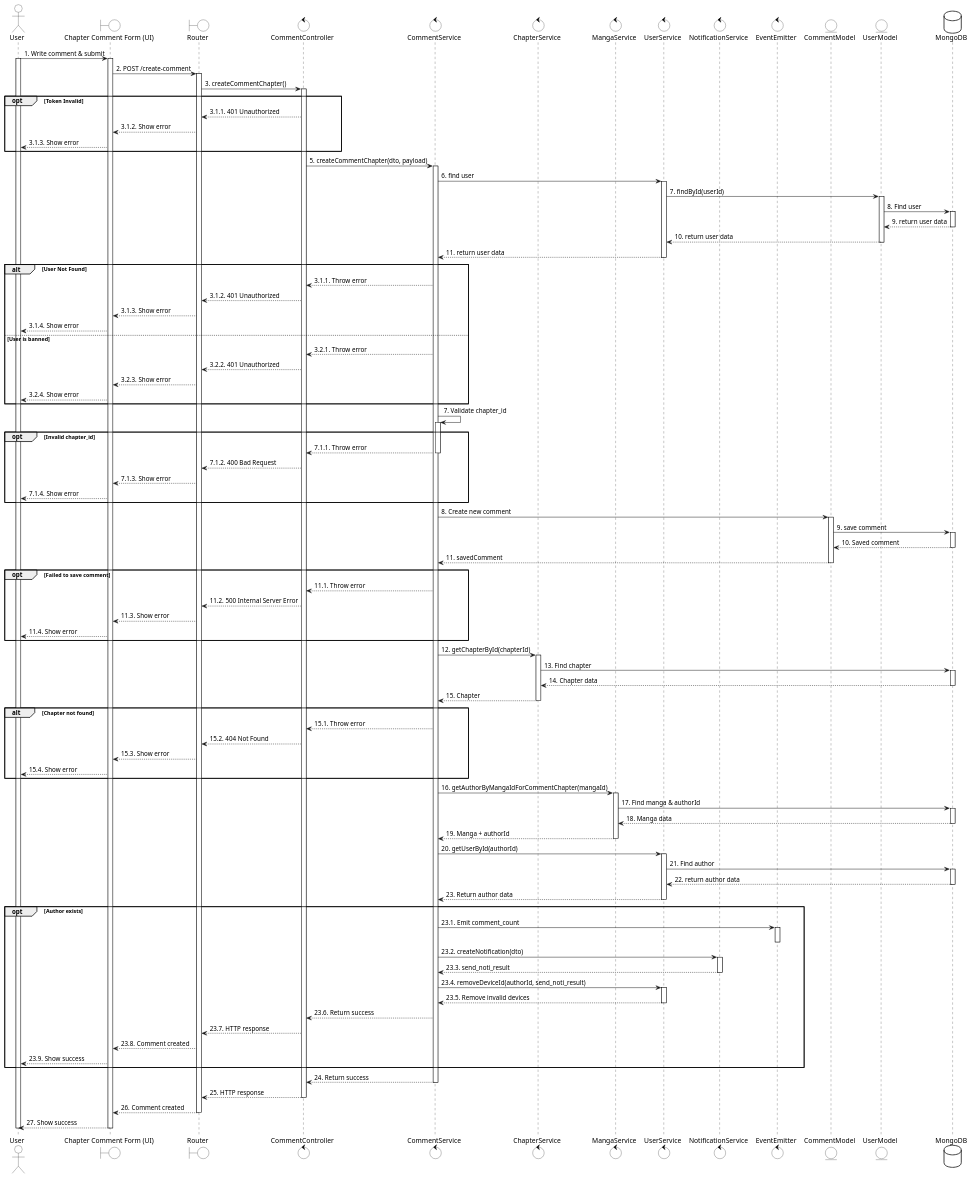
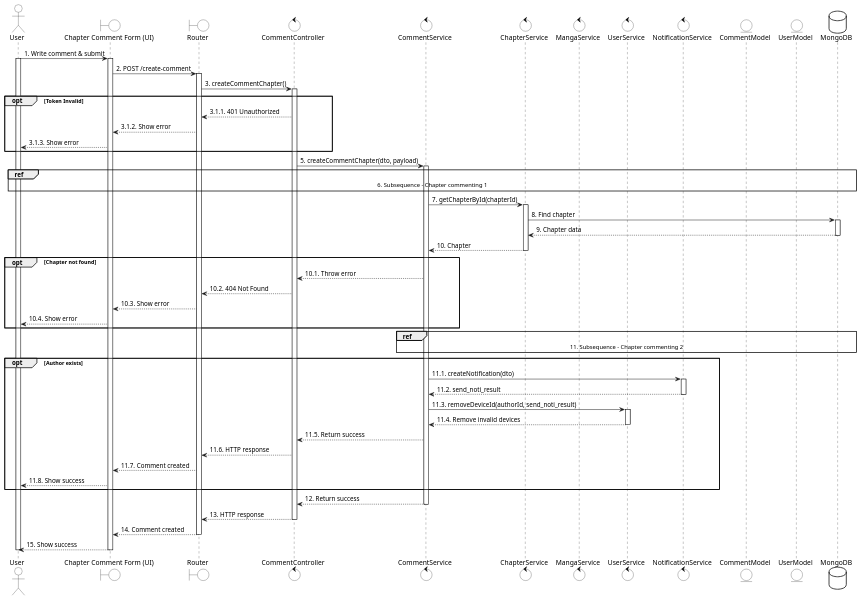
Before and after one commit to LGK1412/sequence_sep490_01: the diagram in uc42 - Chapter commenting.wsd, drawn with PlantUML. The commit also changed 159 other files, not shown here.

Commit message:
Update subsequence

```diff
--- a/uc42 - Chapter commenting.wsd
+++ b/uc42 - Chapter commenting.wsd
@@ -1,165 +1,98 @@
 @startuml
 skinparam {
     ActorBackgroundColor #FFFFFF
     BoundaryBackgroundColor #FFFFFF
     ControlBackgroundColor #FFFFFF
     EntityBackgroundColor #FFFFFF
     DatabaseBackgroundColor #FFFFFF
 
     ActorBorderColor black
     BoundaryBorderColor black
     ControlBorderColor black
     EntityBorderColor black
     DatabaseBorderColor black
 }
 
 actor User
 boundary "Chapter Comment Form (UI)" as UI
 boundary Router
 control CommentController
 control CommentService
 control ChapterService
 control MangaService
 control UserService
 control NotificationService
-control EventEmitter
 entity CommentModel
 entity UserModel
 database MongoDB
 
 User -> UI: 1. Write comment & submit
 activate User
 activate UI
 
 UI -> Router: 2. POST /create-comment
 activate Router
 
 Router -> CommentController: 3. createCommentChapter()
 activate CommentController
 
 opt Token Invalid
     CommentController --> Router: 3.1.1. 401 Unauthorized
     Router --> UI: 3.1.2. Show error
     UI --> User: 3.1.3. Show error
 end
 
 CommentController -> CommentService: 5. createCommentChapter(dto, payload)
+activate CommentService
 
-activate CommentService
-CommentService -> UserService: 6. find user
-activate UserService
-UserService -> UserModel: 7. findById(userId)
-activate UserModel
-UserModel -> MongoDB: 8. Find user
+ref over User, MongoDB
+    6. Subsequence - Chapter commenting 1
+end ref
+
+CommentService -> ChapterService: 7. getChapterById(chapterId)
+activate ChapterService
+ChapterService -> MongoDB: 8. Find chapter
 activate MongoDB
-MongoDB --> UserModel: 9. return user data
+MongoDB --> ChapterService: 9. Chapter data
 deactivate MongoDB
-UserModel --> UserService: 10. return user data
-deactivate UserModel
-UserService --> CommentService: 11. return user data
-deactivate UserService
+ChapterService --> CommentService: 10. Chapter
+deactivate ChapterService
 
-alt User Not Found
-    CommentService --> CommentController: 3.1.1. Throw error
-    CommentController --> Router: 3.1.2. 401 Unauthorized
-    Router --> UI: 3.1.3. Show error
-    UI --> User: 3.1.4. Show error
-else User is banned
-    CommentService --> CommentController: 3.2.1. Throw error
-    CommentController --> Router: 3.2.2. 401 Unauthorized
-    Router --> UI: 3.2.3. Show error
-    UI --> User: 3.2.4. Show error
+opt Chapter not found
+    CommentService --> CommentController: 10.1. Throw error
+    CommentController --> Router: 10.2. 404 Not Found
+    Router --> UI: 10.3. Show error
+    UI --> User: 10.4. Show error
 end
 
-CommentService -> CommentService: 7. Validate chapter_id
-activate CommentService
+ref over CommentService, UserService, CommentModel, MongoDB
+    11. Subsequence - Chapter commenting 2
+end ref
 
-opt Invalid chapter_id
-    CommentService --> CommentController: 7.1.1. Throw error
-    deactivate CommentService
-    CommentController --> Router: 7.1.2. 400 Bad Request
-    Router --> UI: 7.1.3. Show error
-    UI --> User: 7.1.4. Show error
+opt Author exists
+    CommentService -> NotificationService: 11.1. createNotification(dto)
+    activate NotificationService
+    NotificationService --> CommentService: 11.2. send_noti_result
+    deactivate NotificationService
+
+    CommentService -> UserService: 11.3. removeDeviceId(authorId, send_noti_result)
+    activate UserService
+    UserService --> CommentService: 11.4. Remove invalid devices
+    deactivate UserService
+    CommentService --> CommentController: 11.5. Return success
+    CommentController --> Router: 11.6. HTTP response
+    Router --> UI: 11.7. Comment created
+    UI --> User: 11.8. Show success
 end
 
-CommentService -> CommentModel: 8. Create new comment
-activate CommentModel
-CommentModel -> MongoDB: 9. save comment
-activate MongoDB
-MongoDB --> CommentModel: 10. Saved comment
-deactivate MongoDB
-CommentModel --> CommentService: 11. savedComment
-deactivate CommentModel
-
-opt Failed to save comment
-    CommentService --> CommentController: 11.1. Throw error
-    CommentController --> Router: 11.2. 500 Internal Server Error
-    Router --> UI: 11.3. Show error
-    UI --> User: 11.4. Show error
-end
-
-CommentService -> ChapterService: 12. getChapterById(chapterId)
-activate ChapterService
-ChapterService -> MongoDB: 13. Find chapter
-activate MongoDB
-MongoDB --> ChapterService: 14. Chapter data
-deactivate MongoDB
-ChapterService --> CommentService: 15. Chapter
-deactivate ChapterService
-
-alt Chapter not found
-    CommentService --> CommentController: 15.1. Throw error
-    CommentController --> Router: 15.2. 404 Not Found
-    Router --> UI: 15.3. Show error
-    UI --> User: 15.4. Show error
-end
-
-CommentService -> MangaService: 16. getAuthorByMangaIdForCommentChapter(mangaId)
-activate MangaService
-MangaService -> MongoDB: 17. Find manga & authorId
-activate MongoDB
-MongoDB --> MangaService: 18. Manga data
-deactivate MongoDB
-MangaService --> CommentService: 19. Manga + authorId
-deactivate MangaService
-
-CommentService -> UserService: 20. getUserById(authorId)
-activate UserService
-UserService -> MongoDB: 21. Find author
-activate MongoDB
-MongoDB --> UserService: 22. return author data
-deactivate MongoDB
-UserService --> CommentService: 23. Return author data
-deactivate UserService
-
-opt Author exists
-    CommentService -> EventEmitter: 23.1. Emit comment_count
-    activate EventEmitter
-    deactivate EventEmitter
-
-    CommentService -> NotificationService: 23.2. createNotification(dto)
-    activate NotificationService
-    NotificationService --> CommentService: 23.3. send_noti_result
-    deactivate NotificationService
-
-    CommentService -> UserService: 23.4. removeDeviceId(authorId, send_noti_result)
-    activate UserService
-    UserService --> CommentService: 23.5. Remove invalid devices
-    deactivate UserService
-    CommentService --> CommentController: 23.6. Return success
-    CommentController --> Router: 23.7. HTTP response
-    Router --> UI: 23.8. Comment created
-    UI --> User: 23.9. Show success
-end
-
-CommentService --> CommentController: 24. Return success
+CommentService --> CommentController: 12. Return success
 deactivate CommentService
 
-CommentController --> Router: 25. HTTP response
+CommentController --> Router: 13. HTTP response
 deactivate CommentController
-Router --> UI: 26. Comment created
+Router --> UI: 14. Comment created
 deactivate Router
-UI --> User: 27. Show success
+UI --> User: 15. Show success
 deactivate UI
 deactivate User
 @enduml
```
